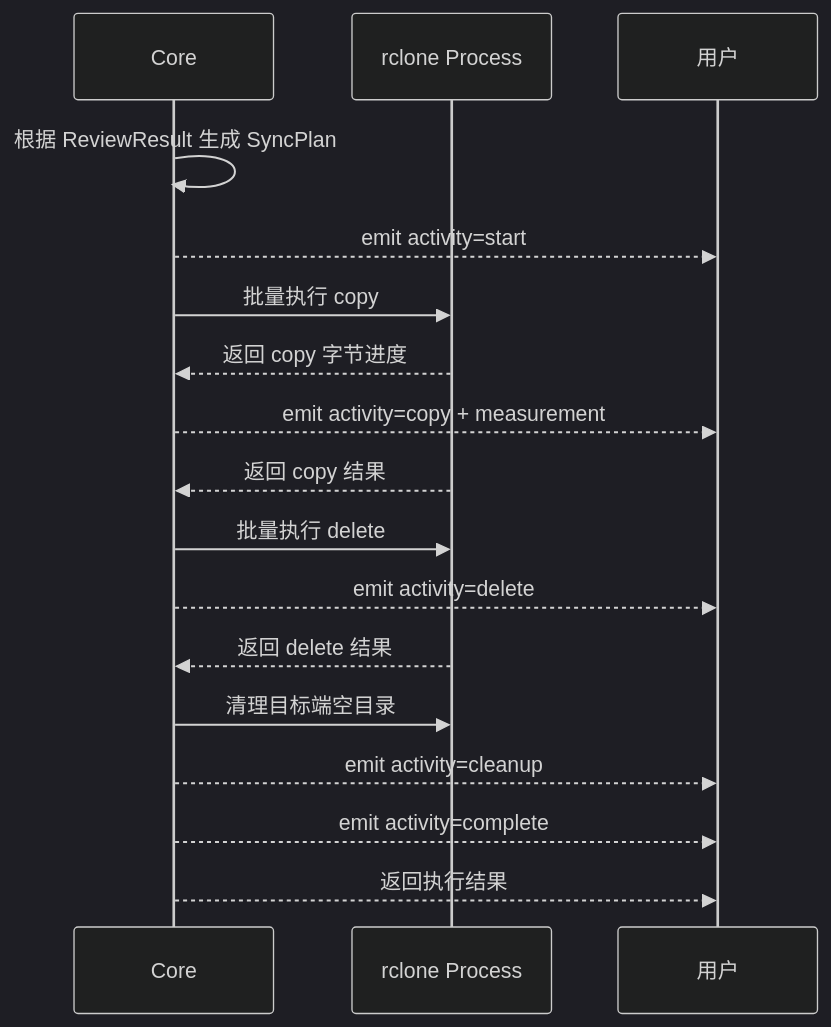
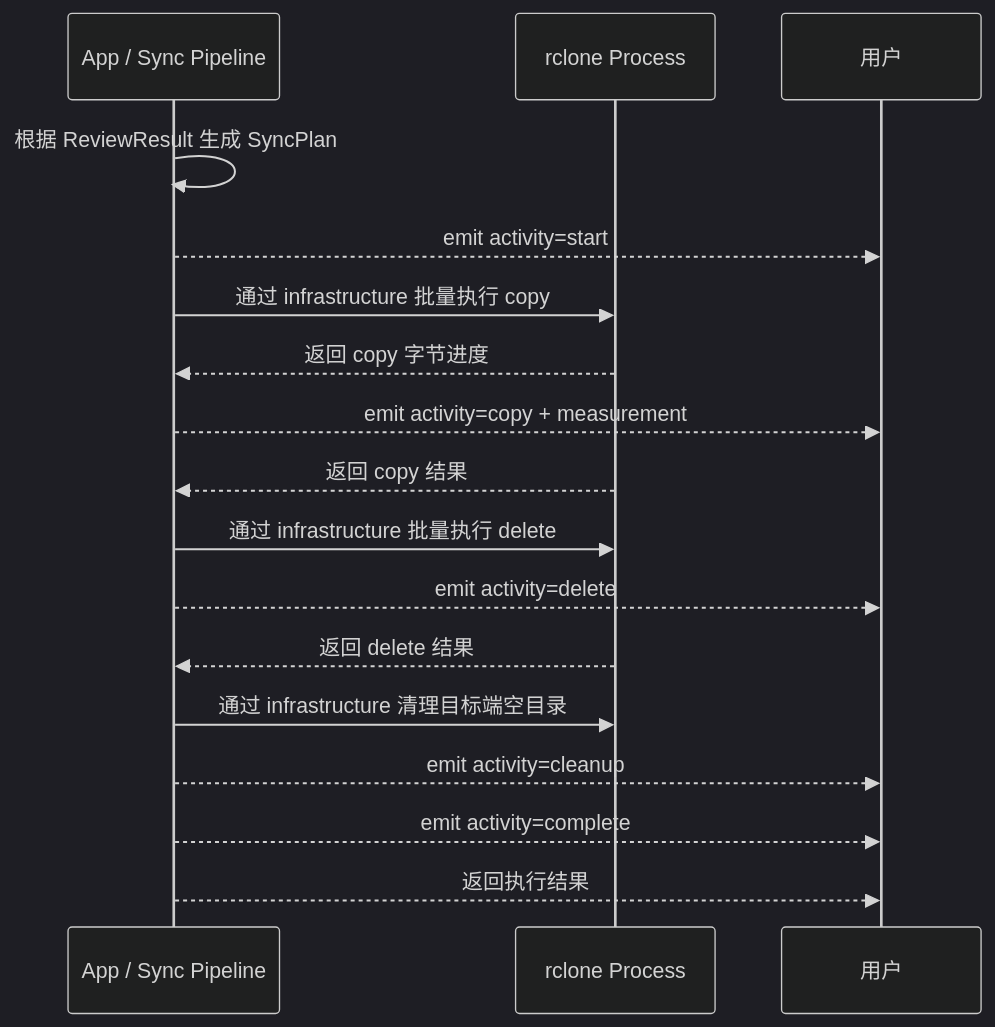
Before and after one commit to agalloch21/sync-with-rclone: the ninth of 15 diagrams in docs/Flows.md, drawn with Mermaid (dark theme). The commit also changed other lines of this file and 29 other files, not shown here.

Commit message:
4B/4C. Filesystem and rclone implementations now live under infrastructure; The transitional src/core boundary has been removed.

````diff
--- a/docs/Flows.md
+++ b/docs/Flows.md
@@ -235,20 +229,20 @@
 ```mermaid
 sequenceDiagram
-  participant C as Core
+  participant A as App / Sync Pipeline
   participant RC as rclone Process
   participant U as 用户
 
-  C->>C: 根据 ReviewResult 生成 SyncPlan
-  C-->>U: emit activity=start
-  C->>RC: 批量执行 copy
-  RC-->>C: 返回 copy 字节进度
-  C-->>U: emit activity=copy + measurement
-  RC-->>C: 返回 copy 结果
-  C->>RC: 批量执行 delete
-  C-->>U: emit activity=delete
-  RC-->>C: 返回 delete 结果
-  C->>RC: 清理目标端空目录
-  C-->>U: emit activity=cleanup
-  C-->>U: emit activity=complete
-  C-->>U: 返回执行结果
+  A->>A: 根据 ReviewResult 生成 SyncPlan
+  A-->>U: emit activity=start
+  A->>RC: 通过 infrastructure 批量执行 copy
+  RC-->>A: 返回 copy 字节进度
+  A-->>U: emit activity=copy + measurement
+  RC-->>A: 返回 copy 结果
+  A->>RC: 通过 infrastructure 批量执行 delete
+  A-->>U: emit activity=delete
+  RC-->>A: 返回 delete 结果
+  A->>RC: 通过 infrastructure 清理目标端空目录
+  A-->>U: emit activity=cleanup
+  A-->>U: emit activity=complete
+  A-->>U: 返回执行结果
 ```
````
